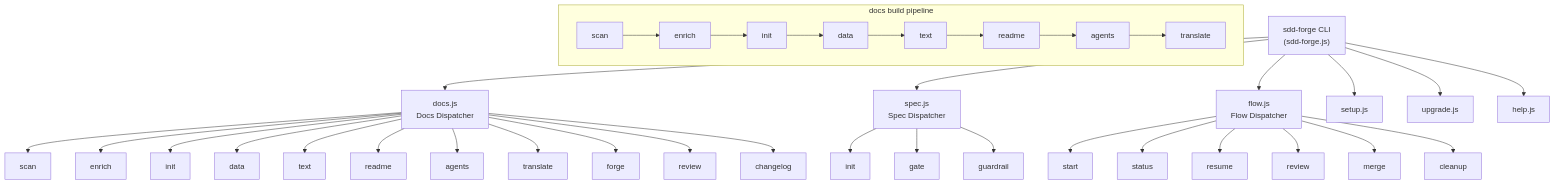
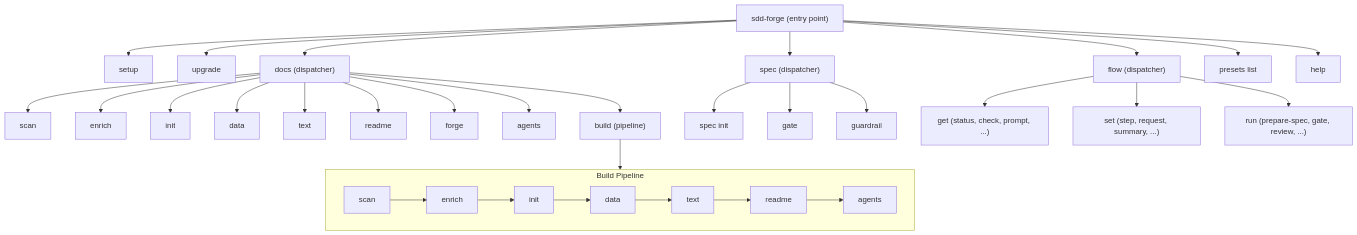
One commit to SpreadWorks/sdd-forge changed the diagram in docs/overview.md. Above: the diagram before and after it, drawn with Mermaid. The commit also changed other lines of this file and 17 other files, not shown here.

First line of the commit message:
Remove orphaned flow commands and update stale documentation

````diff
--- a/docs/overview.md
+++ b/docs/overview.md
@@ -35,39 +31,37 @@
 ```mermaid
 flowchart TD
-    CLI["sdd-forge CLI<br/>(sdd-forge.js)"]
+    CLI["sdd-forge (entry point)"]
 
-    CLI --> docs["docs.js<br/>Docs Dispatcher"]
-    CLI --> spec["spec.js<br/>Spec Dispatcher"]
-    CLI --> flow["flow.js<br/>Flow Dispatcher"]
-    CLI --> setup["setup.js"]
-    CLI --> upgrade["upgrade.js"]
-    CLI --> help["help.js"]
+    CLI --> setup["setup"]
+    CLI --> upgrade["upgrade"]
+    CLI --> docs["docs (dispatcher)"]
+    CLI --> spec["spec (dispatcher)"]
+    CLI --> flow["flow (dispatcher)"]
+    CLI --> presets["presets list"]
+    CLI --> help["help"]
 
     docs --> scan["scan"]
     docs --> enrich["enrich"]
     docs --> init["init"]
     docs --> data["data"]
     docs --> text["text"]
     docs --> readme["readme"]
+    docs --> forge["forge"]
     docs --> agents["agents"]
-    docs --> translate["translate"]
-    docs --> forge["forge"]
-    docs --> review_d["review"]
-    docs --> changelog["changelog"]
+    docs --> build["build (pipeline)"]
 
-    spec --> spec_init["init"]
+    spec --> specInit["spec init"]
     spec --> gate["gate"]
     spec --> guardrail["guardrail"]
 
-    flow --> start["start"]
-    flow --> status["status"]
-    flow --> resume["resume"]
-    flow --> review_f["review"]
-    flow --> merge["merge"]
-    flow --> cleanup["cleanup"]
+    flow --> flowGet["get (status, check, prompt, ...)"]
+    flow --> flowSet["set (step, request, summary, ...)"]
+    flow --> flowRun["run (prepare-spec, gate, review, ...)"]
 
-    subgraph "docs build pipeline"
+    subgraph "Build Pipeline"
         direction LR
-        P1["scan"] --> P2["enrich"] --> P3["init"] --> P4["data"] --> P5["text"] --> P6["readme"] --> P7["agents"] --> P8["translate"]
+        S[scan] --> E[enrich] --> I[init] --> D[data] --> T[text] --> R[readme] --> A[agents]
     end
+
+    build --> S
 ```
````
